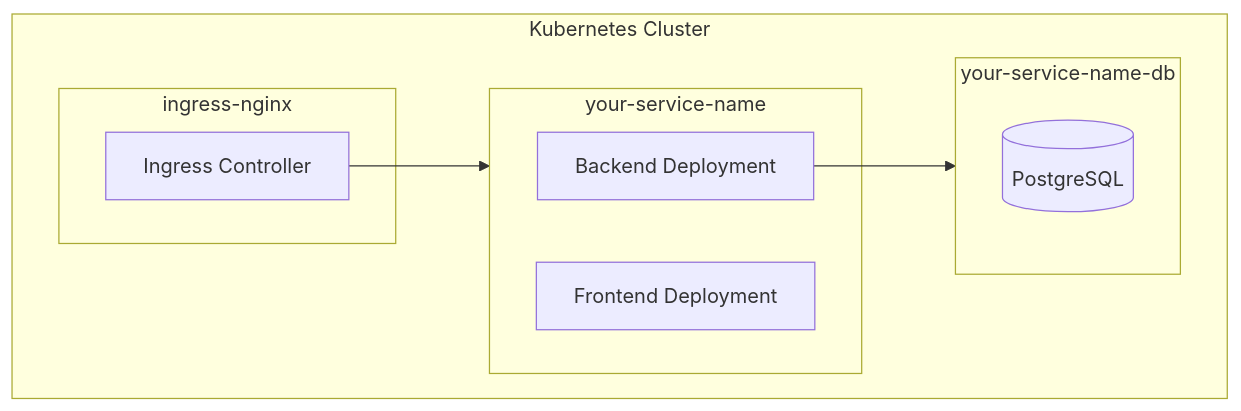
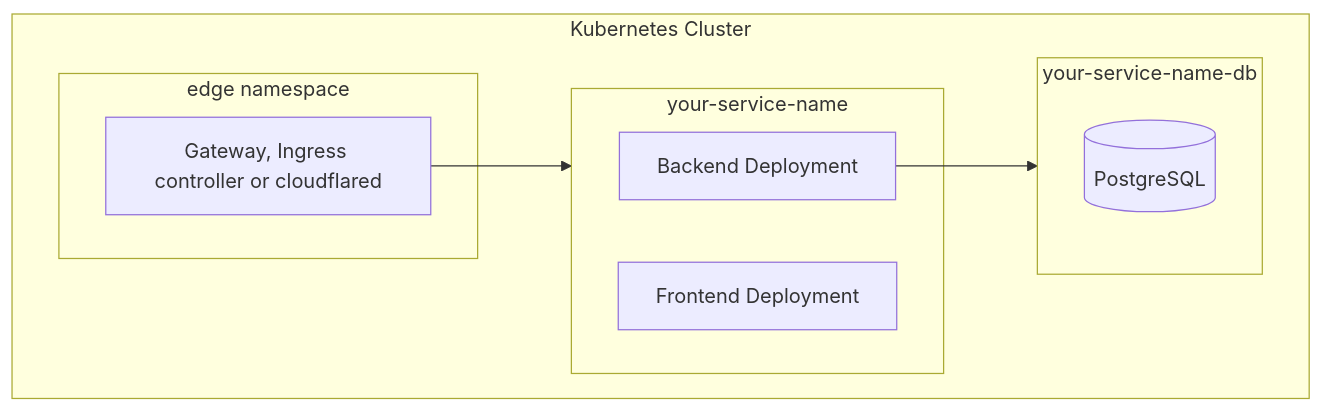
One commit to berserkhmdvhb/fullstack_template changed the fifth of 6 diagrams in wiki/architecture.md. Above: the diagram before and after it, drawn with Mermaid. The commit also changed 13 other files, not shown here.

First line of the commit message:
docs: the edge modes, the NetworkPolicy per mode, GKE policies and TLS; drop the nginx annotations

````diff
--- a/wiki/architecture.md
+++ b/wiki/architecture.md
@@ -150,20 +150,20 @@
 ```mermaid
 flowchart TB
     subgraph Cluster["Kubernetes Cluster"]
-        subgraph IngressNS["ingress-nginx"]
-            IC["Ingress Controller"]
+        subgraph IngressNS["edge namespace"]
+            IC["Gateway, Ingress controller or cloudflared"]
         end
 
         subgraph AppNS["your-service-name"]
             BE["Backend Deployment"]
             FE["Frontend Deployment"]
         end
 
         subgraph DBNS["your-service-name-db"]
             PG[("PostgreSQL")]
         end
     end
 
     IC --> AppNS
     BE --> DBNS
 ```
````
